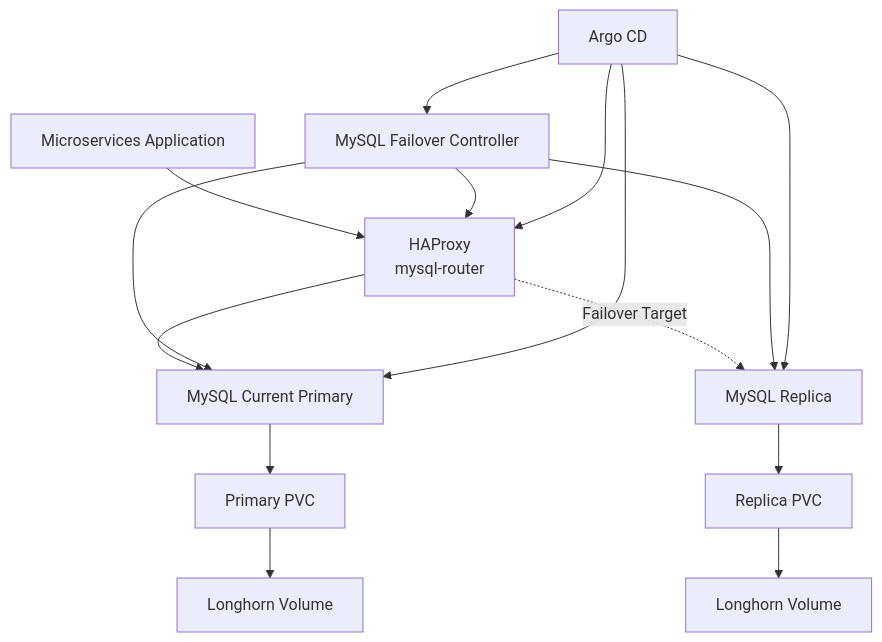
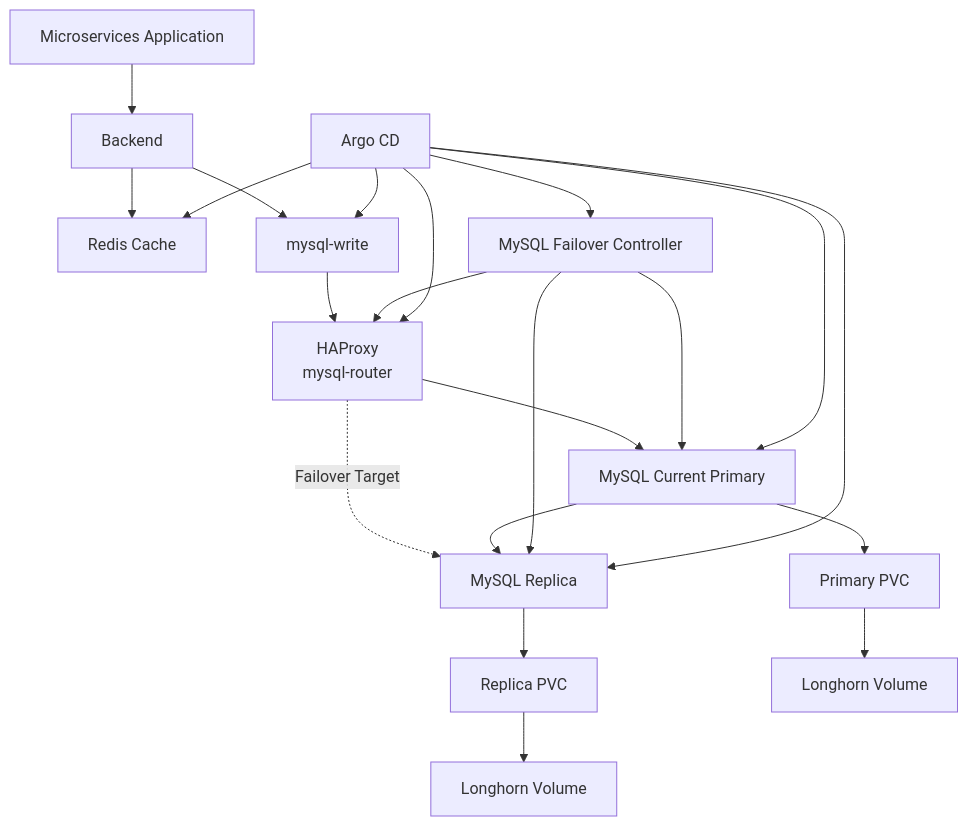
Diagram 23 of 23 in docs/05-storage/README.md (ahmed-sayed-devops/microservices-platform-gitops), drawn with Mermaid before and after one commit. The commit also changed other lines of this file, not shown here.

Commit message:
docs: document Redis caching layer

````diff
--- a/docs/05-storage/README.md
+++ b/docs/05-storage/README.md
@@ -737,41 +921,57 @@
 ```mermaid
 graph TD
     APP[Microservices Application]
+
+    BACKEND[Backend]
+
+    REDIS[Redis Cache]
+
+    MYSQLWRITE[mysql-write]
 
     ROUTER[HAProxy<br/>mysql-router]
 
     PRIMARY[MySQL Current Primary]
 
     REPLICA[MySQL Replica]
 
     PVC1[Primary PVC]
 
     PVC2[Replica PVC]
 
     LH1[Longhorn Volume]
 
     LH2[Longhorn Volume]
 
     FC[MySQL Failover Controller]
 
     ARGO[Argo CD]
 
-    APP --> ROUTER
+    APP --> BACKEND
+
+    BACKEND --> REDIS
+    BACKEND --> MYSQLWRITE
+
+    MYSQLWRITE --> ROUTER
+
     ROUTER --> PRIMARY
     ROUTER -. Failover Target .-> REPLICA
 
     PRIMARY --> PVC1
     REPLICA --> PVC2
 
     PVC1 --> LH1
     PVC2 --> LH2
 
+    PRIMARY --> REPLICA
+
     FC --> PRIMARY
     FC --> REPLICA
     FC --> ROUTER
 
-    ARGO --> FC
+    ARGO --> MYSQLWRITE
+    ARGO --> REDIS
     ARGO --> PRIMARY
     ARGO --> REPLICA
     ARGO --> ROUTER
+    ARGO --> FC
 ```
````
